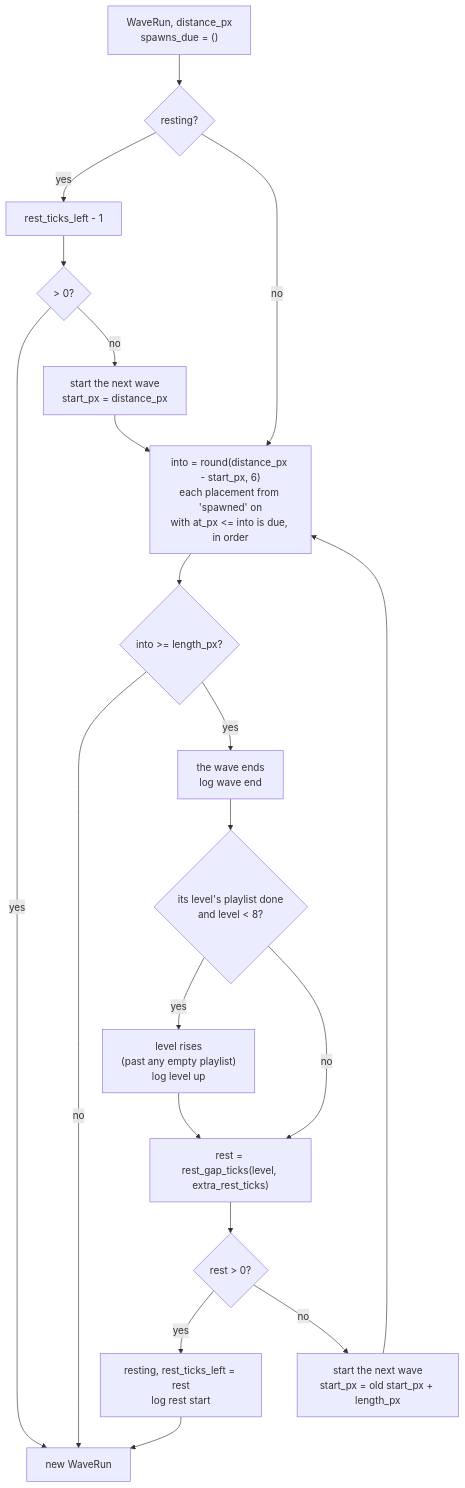
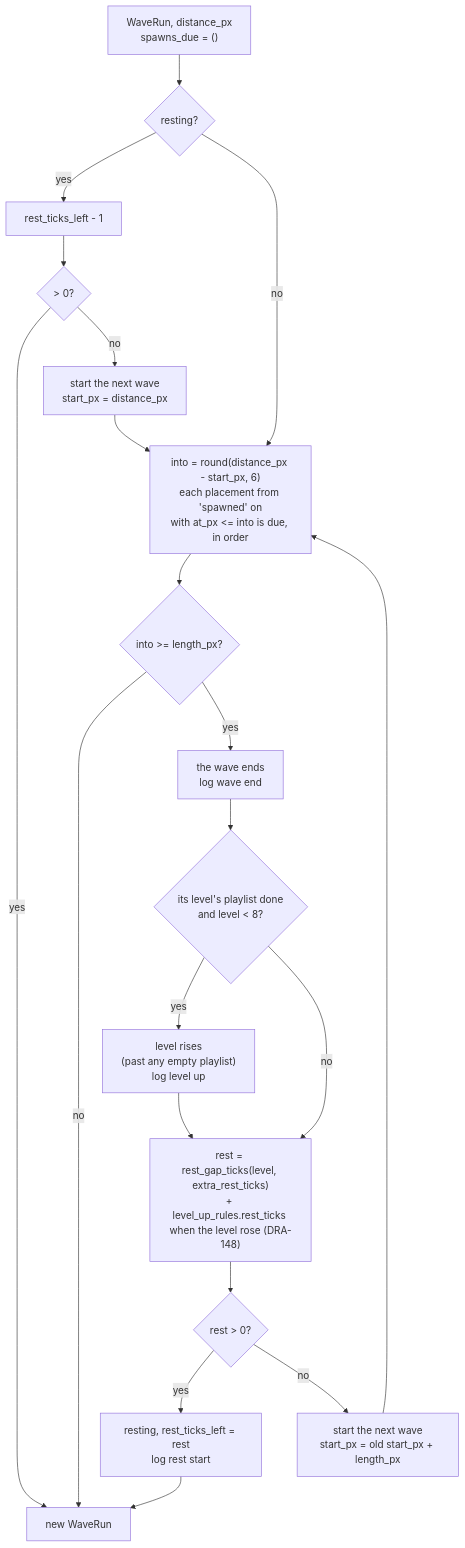
Before and after one commit to david-mntl/driftward-ace: the third of 4 diagrams in docs/contracts/systems/waves.md, drawn with Mermaid. The commit also changed other lines of this file and 27 other files, not shown here.

Commit message:
docs(contracts): design the level-up moment, contracts, tasks and tuning (DRA-148)

````diff
--- a/docs/contracts/systems/waves.md
+++ b/docs/contracts/systems/waves.md
@@ -64,19 +66,19 @@
 ```mermaid
 flowchart TD
   IN["WaveRun, distance_px<br/>spawns_due = ()"] --> R{"resting?"}
   R -- yes --> R1["rest_ticks_left - 1"]
   R1 --> R2{"> 0?"}
   R2 -- yes --> OUT["new WaveRun"]
   R2 -- no --> S["start the next wave<br/>start_px = distance_px"]
   R -- no --> C
   S --> C["into = round(distance_px - start_px, 6)<br/>each placement from 'spawned' on<br/>with at_px <= into is due, in order"]
   C --> END{"into >= length_px?"}
   END -- no --> OUT
   END -- yes --> E1["the wave ends<br/>log wave end"]
   E1 --> E2{"its level's playlist done<br/>and level < 8?"}
   E2 -- yes --> E3["level rises<br/>(past any empty playlist)<br/>log level up"] --> E4
-  E2 -- no --> E4["rest = rest_gap_ticks(level, extra_rest_ticks)"]
+  E2 -- no --> E4["rest = rest_gap_ticks(level, extra_rest_ticks)<br/>+ level_up_rules.rest_ticks when the level rose (DRA-148)"]
   E4 --> E5{"rest > 0?"}
   E5 -- yes --> E6["resting, rest_ticks_left = rest<br/>log rest start"] --> OUT
   E5 -- no --> E7["start the next wave<br/>start_px = old start_px + length_px"] --> C
 ```
````
